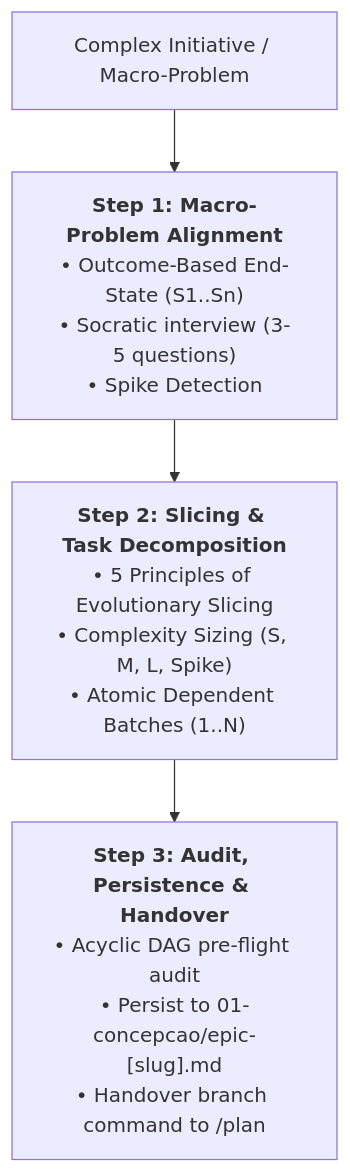
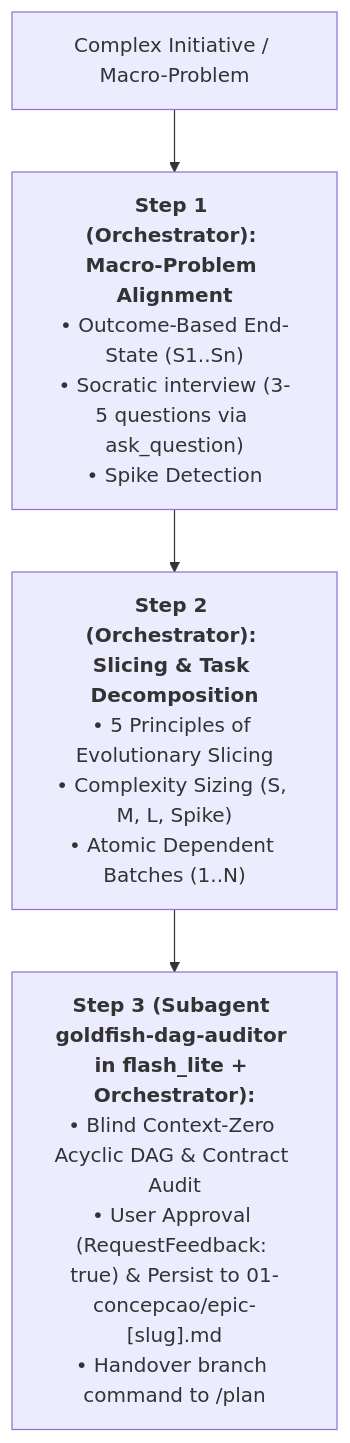
One commit to MarcosVeniciu/antigravity-agentic-skills changed the diagram in skills/decompose/SKILL.md. Above: the diagram before and after it, drawn with Mermaid. The commit also changed other lines of this file and 23 other files, not shown here.

Commit message:
feat(skills): evolve Tier 1 and Tier 2 skills to SDD 2.0 subagent architecture and complete doc/ READMEs

````diff
--- a/skills/decompose/SKILL.md
+++ b/skills/decompose/SKILL.md
@@ -27,6 +27,6 @@
 ```mermaid
 flowchart TD
-    In["Complex Initiative / Macro-Problem"] --> S1["<b>Step 1: Macro-Problem Alignment</b><br/>• Outcome-Based End-State (S1..Sn)<br/>• Socratic interview (3-5 questions)<br/>• Spike Detection"]
-    S1 --> S2["<b>Step 2: Slicing & Task Decomposition</b><br/>• 5 Principles of Evolutionary Slicing<br/>• Complexity Sizing (S, M, L, Spike)<br/>• Atomic Dependent Batches (1..N)"]
-    S2 --> S3["<b>Step 3: Audit, Persistence & Handover</b><br/>• Acyclic DAG pre-flight audit<br/>• Persist to 01-concepcao/epic-[slug].md<br/>• Handover branch command to /plan"]
+    In["Complex Initiative / Macro-Problem"] --> S1["<b>Step 1 (Orchestrator): Macro-Problem Alignment</b><br/>• Outcome-Based End-State (S1..Sn)<br/>• Socratic interview (3-5 questions via ask_question)<br/>• Spike Detection"]
+    S1 --> S2["<b>Step 2 (Orchestrator): Slicing & Task Decomposition</b><br/>• 5 Principles of Evolutionary Slicing<br/>• Complexity Sizing (S, M, L, Spike)<br/>• Atomic Dependent Batches (1..N)"]
+    S2 --> S3["<b>Step 3 (Subagent goldfish-dag-auditor in flash_lite + Orchestrator):</b><br/>• Blind Context-Zero Acyclic DAG & Contract Audit<br/>• User Approval (RequestFeedback: true) & Persist to 01-concepcao/epic-[slug].md<br/>• Handover branch command to /plan"]
 ```
````
